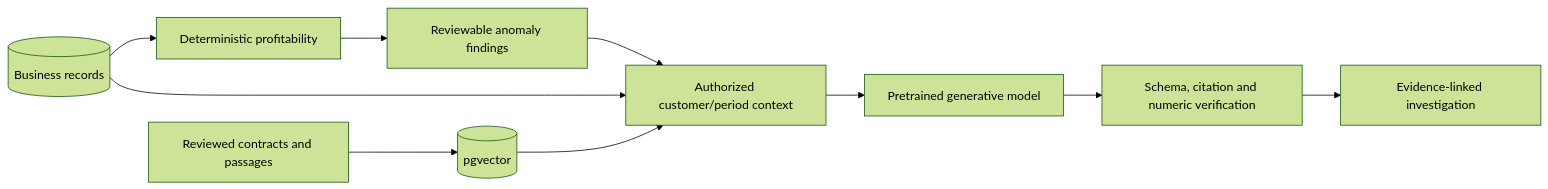
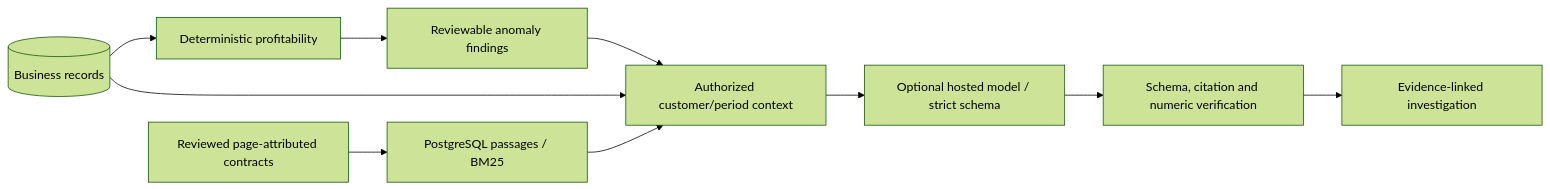
One commit to karankirtisharma/Profitlens changed the second of 2 diagrams in docs/ARCHITECTURE.md. Above: the diagram before and after it, drawn with Mermaid (forest theme). The commit also changed other lines of this file and 97 other files, not shown here.

````diff
--- a/docs/ARCHITECTURE.md
+++ b/docs/ARCHITECTURE.md
@@ -33,12 +33,12 @@
 ```mermaid
 flowchart LR
   DB[(Business records)] --> Calc[Deterministic profitability]
   Calc --> Rules[Reviewable anomaly findings]
-  PDF[Reviewed contracts and passages] --> Vector[(pgvector)]
+  PDF[Reviewed page-attributed contracts] --> Search[PostgreSQL passages / BM25]
   Rules --> Context[Authorized customer/period context]
   DB --> Context
-  Vector --> Context
-  Context --> Model[Pretrained generative model]
+  Search --> Context
+  Context --> Model[Optional hosted model / strict schema]
   Model --> Verify[Schema, citation and numeric verification]
   Verify --> UI[Evidence-linked investigation]
 ```
````
